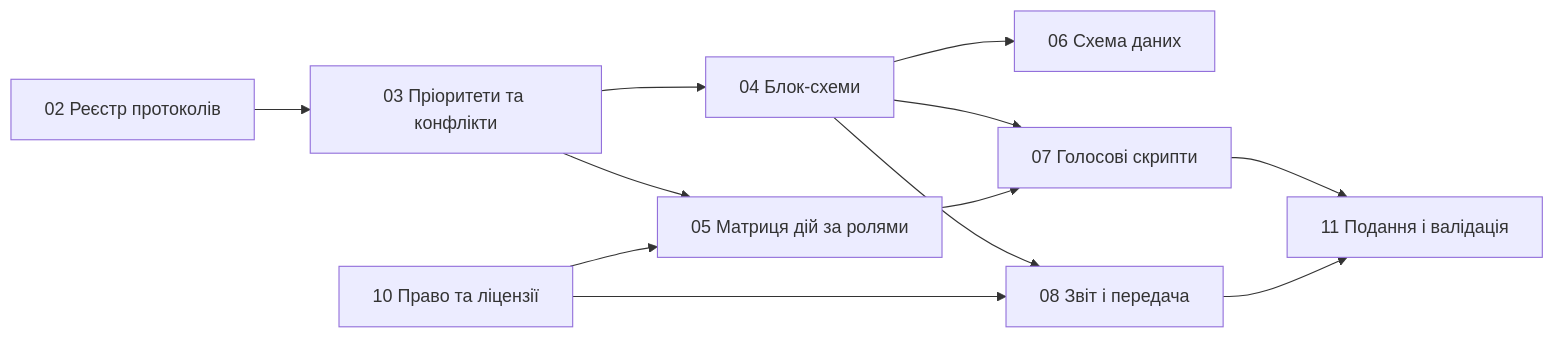
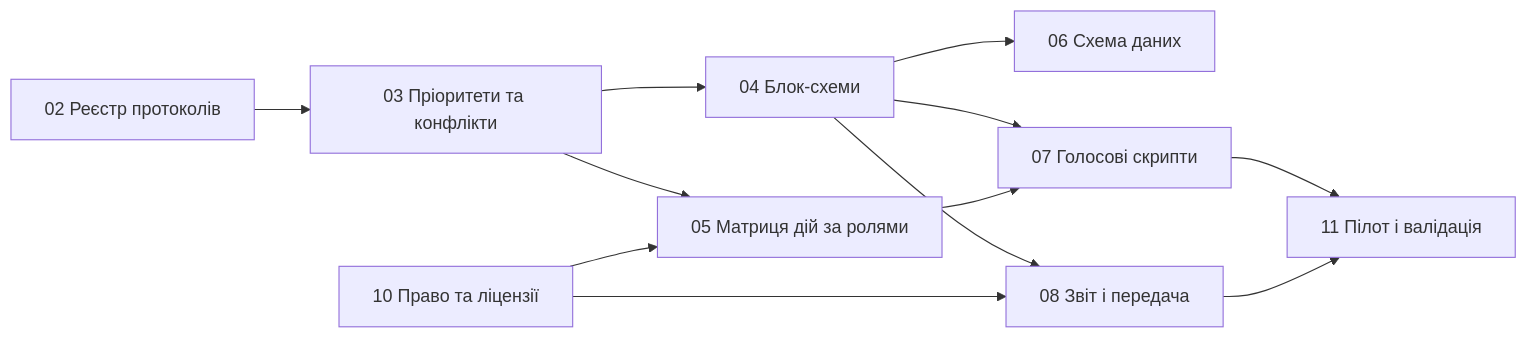
Diagram 12 of 12 in docs/04-блок-схеми.md (kaiserdem/ZeroEchelon), drawn with Mermaid before and after one commit. The commit also changed 8 other files, not shown here.

````diff
--- a/docs/04-блок-схеми.md
+++ b/docs/04-блок-схеми.md
@@ -259,14 +259,14 @@
 ```mermaid
 flowchart LR
   Reg["02 Реєстр протоколів"] --> Prec["03 Пріоритети та конфлікти"]
   Prec --> Flow["04 Блок-схеми"]
   Flow --> Schema["06 Схема даних"]
   Flow --> Voice["07 Голосові скрипти"]
   Prec --> Roles["05 Матриця дій за ролями"]
   Roles --> Voice
   Flow --> Report["08 Звіт і передача"]
   Legal["10 Право та ліцензії"] --> Roles
   Legal --> Report
-  Voice --> Pilot["11 Подання і валідація"]
+  Voice --> Pilot["11 Пілот і валідація"]
   Report --> Pilot
 ```
````
